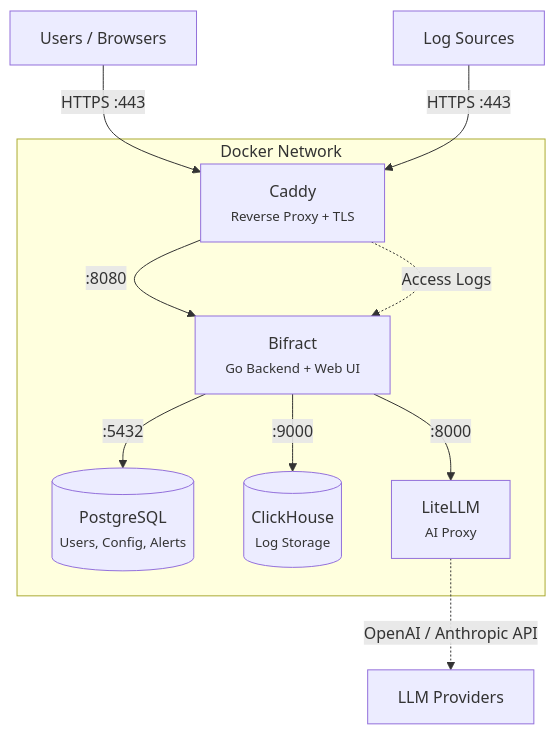
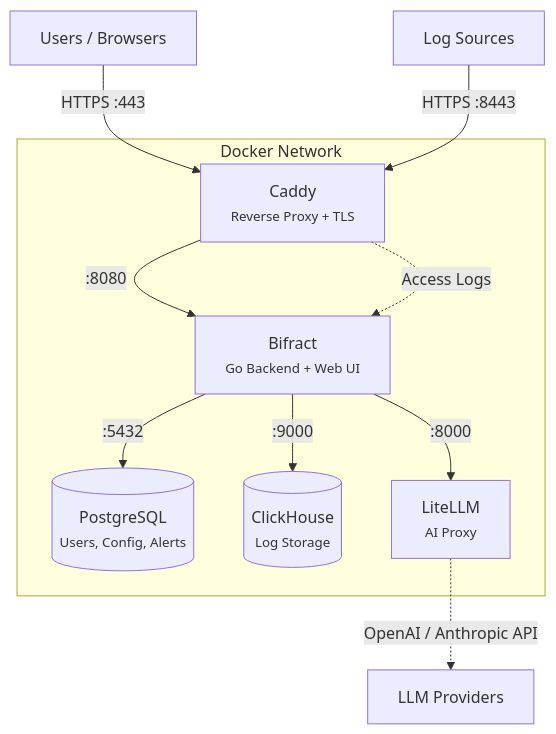
The diagram in docs/getting-started/installation.md (zaneGittins/bifract), drawn with Mermaid before and after one commit. The commit also changed 18 other files, not shown here.

````diff
--- a/docs/getting-started/installation.md
+++ b/docs/getting-started/installation.md
@@ -21,22 +21,22 @@
 ```mermaid
 graph TB
     users["Users / Browsers"]
     sources["Log Sources"]
 
     subgraph docker ["Docker Network"]
         caddy["Caddy<br/><small>Reverse Proxy + TLS</small>"]
         bifract["Bifract<br/><small>Go Backend + Web UI</small>"]
         pg[("PostgreSQL<br/><small>Users, Config, Alerts</small>")]
         ch[("ClickHouse<br/><small>Log Storage</small>")]
         litellm["LiteLLM<br/><small>AI Proxy</small>"]
     end
 
     users -- "HTTPS :443" --> caddy
-    sources -- "HTTPS :443" --> caddy
+    sources -- "HTTPS :8443" --> caddy
     caddy -- ":8080" --> bifract
     caddy -. "Access Logs" .-> bifract
     bifract -- ":5432" --> pg
     bifract -- ":9000" --> ch
     bifract -- ":8000" --> litellm
     litellm -. "OpenAI / Anthropic API" .-> ext["LLM Providers"]
 ```
````
